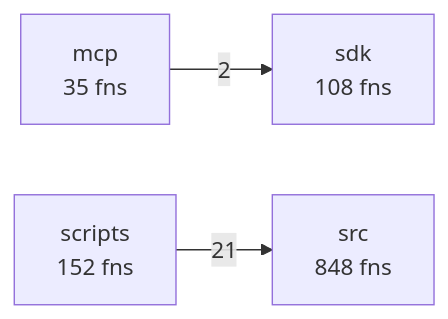
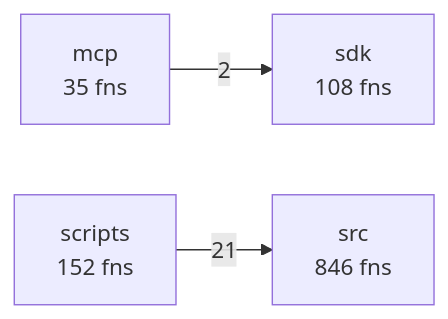
The first of 5 diagrams in docs/CODEBASE_MAP.md (Jaydearcadian/bind), drawn with Mermaid before and after one commit. The commit also changed other lines of this file, not shown here.

````diff
--- a/docs/CODEBASE_MAP.md
+++ b/docs/CODEBASE_MAP.md
@@ -12,9 +12,9 @@
 ```mermaid
 flowchart LR
   L0["mcp<br/>35 fns"]
   L1["scripts<br/>152 fns"]
   L2["sdk<br/>108 fns"]
-  L3["src<br/>848 fns"]
+  L3["src<br/>846 fns"]
   L0 -->|2| L2
   L1 -->|21| L3
 ```
````
